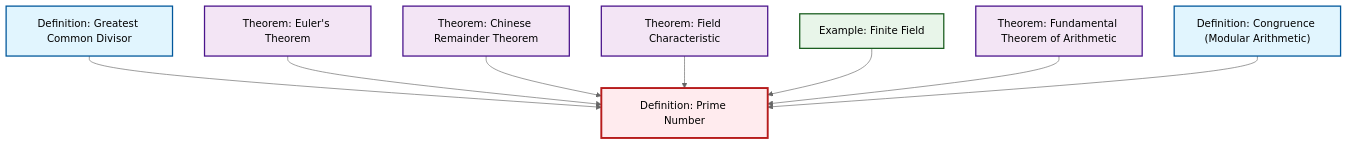
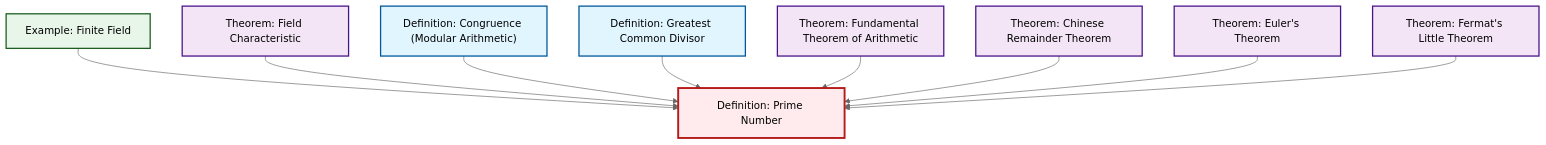
The diagram in content/en/number-theory/def-prime.qmd (RK0429/ModernMath), drawn with Mermaid (neutral theme) before and after one commit. The commit also changed 360 other files, not shown here.

````diff
--- a/content/en/number-theory/def-prime.qmd
+++ b/content/en/number-theory/def-prime.qmd
@@ -53,32 +53,35 @@
 ```{mermaid}
 %%| fig-cap: "Local dependency graph"
 graph TD
     classDef definition fill:#e1f5fe,stroke:#01579b,stroke-width:2px
     classDef theorem fill:#f3e5f5,stroke:#4a148c,stroke-width:2px
     classDef axiom fill:#fff3e0,stroke:#e65100,stroke-width:2px
     classDef example fill:#e8f5e9,stroke:#1b5e20,stroke-width:2px
     classDef current fill:#ffebee,stroke:#b71c1c,stroke-width:3px
+    thm-fermat-little["Theorem: Fermat's Little Theorem"]:::theorem
     thm-euler["Theorem: Euler's Theorem"]:::theorem
-    def-gcd["Definition: Greatest Common Divisor"]:::definition
-    ex-finite-field["Example: Finite Field"]:::example
+    thm-field-characteristic["Theorem: Field Characteristic"]:::theorem
     thm-chinese-remainder["Theorem: Chinese Remainder Theorem"]:::theorem
     thm-fundamental-arithmetic["Theorem: Fundamental Theorem of Arithmetic"]:::theorem
+    ex-finite-field["Example: Finite Field"]:::example
     def-prime["Definition: Prime Number"]:::definition
-    thm-field-characteristic["Theorem: Field Characteristic"]:::theorem
     def-congruence["Definition: Congruence (Modular Arithmetic)"]:::definition
+    def-gcd["Definition: Greatest Common Divisor"]:::definition
+    ex-finite-field --> def-prime
+    thm-field-characteristic --> def-prime
+    def-congruence --> def-prime
     def-gcd --> def-prime
+    thm-fundamental-arithmetic --> def-prime
+    thm-chinese-remainder --> def-prime
     thm-euler --> def-prime
-    thm-chinese-remainder --> def-prime
-    thm-field-characteristic --> def-prime
-    ex-finite-field --> def-prime
-    thm-fundamental-arithmetic --> def-prime
-    def-congruence --> def-prime
+    thm-fermat-little --> def-prime
     class def-prime current
+    click thm-fermat-little "thm-fermat-little.html" "Go to Fermat's Little Theorem theorem"
     click thm-euler "thm-euler.html" "Go to Euler's Theorem theorem"
-    click def-gcd "def-gcd.html" "Go to Greatest Common Divisor definition"
-    click ex-finite-field "ex-finite-field.html" "Go to Finite Field example"
+    click thm-field-characteristic "thm-field-characteristic.html" "Go to Field Characteristic theorem"
     click thm-chinese-remainder "thm-chinese-remainder.html" "Go to Chinese Remainder Theorem theorem"
     click thm-fundamental-arithmetic "thm-fundamental-arithmetic.html" "Go to Fundamental Theorem of Arithmetic theorem"
-    click thm-field-characteristic "thm-field-characteristic.html" "Go to Field Characteristic theorem"
+    click ex-finite-field "ex-finite-field.html" "Go to Finite Field example"
     click def-congruence "def-congruence.html" "Go to Congruence (Modular Arithmetic) definition"
+    click def-gcd "def-gcd.html" "Go to Greatest Common Divisor definition"
 ```
````
